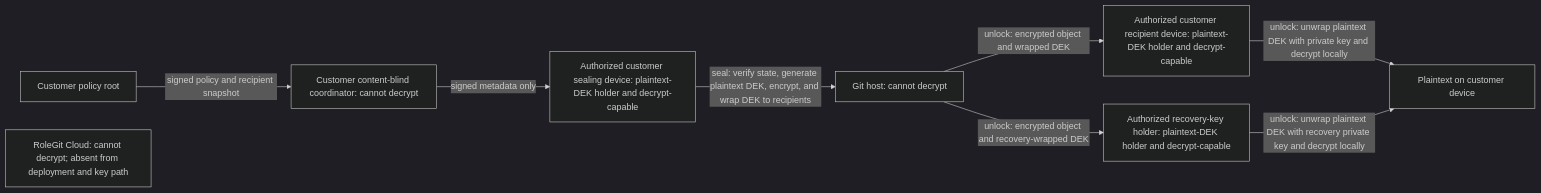
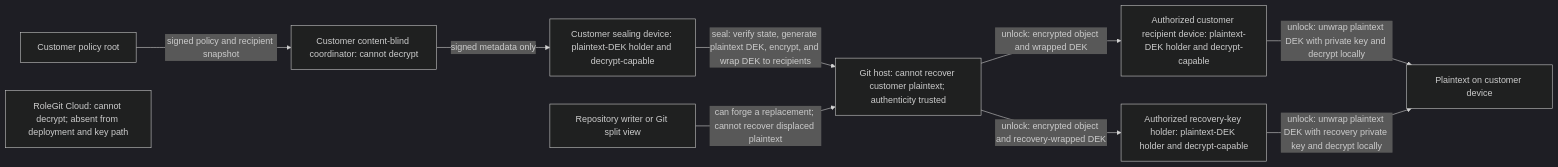
Before and after one commit to cosentinode/rolegit: the fourth of 6 diagrams in docs/adr/0001-product-modes-and-trust-boundaries.md, drawn with Mermaid (dark theme). The commit also changed other lines of this file and 4 other files, not shown here.

````diff
--- a/docs/adr/0001-product-modes-and-trust-boundaries.md
+++ b/docs/adr/0001-product-modes-and-trust-boundaries.md
@@ -217,11 +241,12 @@
 ```mermaid
 flowchart LR
     R[Customer policy root] -->|signed policy and recipient snapshot| C[Customer content-blind coordinator: cannot decrypt]
-    C -->|signed metadata only| S[Authorized customer sealing device: plaintext-DEK holder and decrypt-capable]
-    S -->|seal: verify state, generate plaintext DEK, encrypt, and wrap DEK to recipients| G[Git host: cannot decrypt]
+    C -->|signed metadata only| S[Customer sealing device: plaintext-DEK holder and decrypt-capable]
+    S -->|seal: verify state, generate plaintext DEK, encrypt, and wrap DEK to recipients| G[Git host: cannot recover customer plaintext; authenticity trusted]
+    W[Repository writer or Git split view] -->|can forge a replacement; cannot recover displaced plaintext| G
     G -->|unlock: encrypted object and wrapped DEK| D[Authorized customer recipient device: plaintext-DEK holder and decrypt-capable]
     D -->|unlock: unwrap plaintext DEK with private key and decrypt locally| P[Plaintext on customer device]
     G -->|unlock: encrypted object and recovery-wrapped DEK| H[Authorized recovery-key holder: plaintext-DEK holder and decrypt-capable]
     H -->|unlock: unwrap plaintext DEK with recovery private key and decrypt locally| P
     L[RoleGit Cloud: cannot decrypt; absent from deployment and key path]
 ```
````
